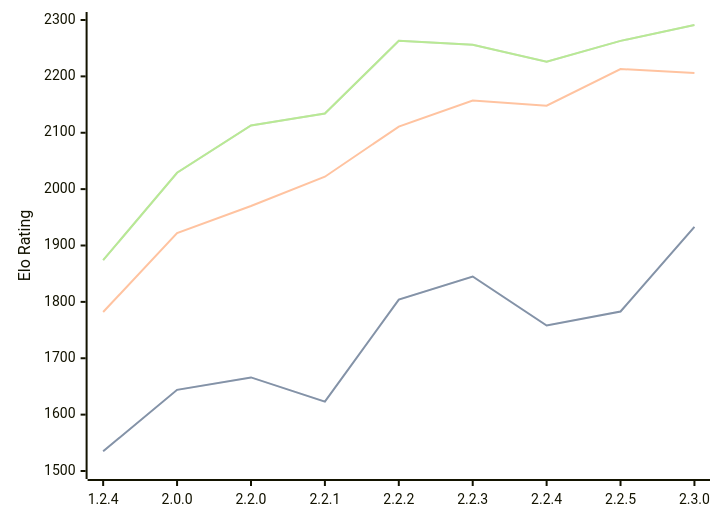
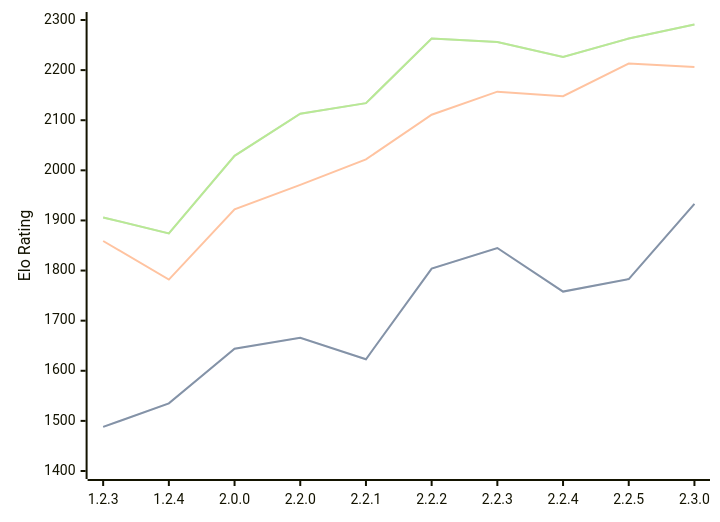
The diagram in engines/Kreveta.md (computer-chess-index/cci), drawn with Mermaid before and after one commit. The commit also changed other lines of this file, not shown here.

Commit message:
Update CCI Ratings (ELO VLTC) - 2026-05-04

````diff
--- a/engines/Kreveta.md
+++ b/engines/Kreveta.md
@@ -42,11 +42,11 @@
 ```mermaid
 %%{init: {"theme":"base","themeVariables":{"seriesColors:['#a3a3a3','#222221','#faa371']}}}%%
 xychart-beta
-  x-axis ["1.2.4", "2.0.0", "2.2.0", "2.2.1", "2.2.2", "2.2.3", "2.2.4", "2.2.5", "2.3.0"]
-  y-axis "Elo Rating" 1500 --> 2300
-  line "STC (8.0+0.08s)" [1535, 1644, 1666, 1623, 1804, 1845, 1758, 1783, 1933]
-  line "STC (8.0+0.08s)" [1535, 1644, 1666, 1623, 1804, 1845, 1758, 1783, 1933]
-  line "LTC (60.0+0.60s)" [1782, 1922, 1970, 2022, 2111, 2157, 2148, 2213, 2206]
-  line "VLTC (2m24s+1.12s)" [1874, 2029, 2113, 2134, 2263, 2256, 2226, 2263, 2291]
-  line "VLTC (2m24s+1.12s)" [1874, 2029, 2113, 2134, 2263, 2256, 2226, 2263, 2291]
+  x-axis ["1.2.3", "1.2.4", "2.0.0", "2.2.0", "2.2.1", "2.2.2", "2.2.3", "2.2.4", "2.2.5", "2.3.0"]
+  y-axis "Elo Rating" 1400 --> 2300
+  line "STC (8.0+0.08s)" [1488, 1535, 1644, 1666, 1623, 1804, 1845, 1758, 1783, 1933]
+  line "STC (8.0+0.08s)" [1488, 1535, 1644, 1666, 1623, 1804, 1845, 1758, 1783, 1933]
+  line "LTC (60.0+0.60s)" [1859, 1782, 1922, 1971, 2022, 2111, 2157, 2148, 2213, 2206]
+  line "VLTC (2m24s+1.12s)" [1906, 1874, 2029, 2113, 2134, 2263, 2256, 2226, 2263, 2291]
+  line "VLTC (2m24s+1.12s)" [1906, 1874, 2029, 2113, 2134, 2263, 2256, 2226, 2263, 2291]
 ```
````
